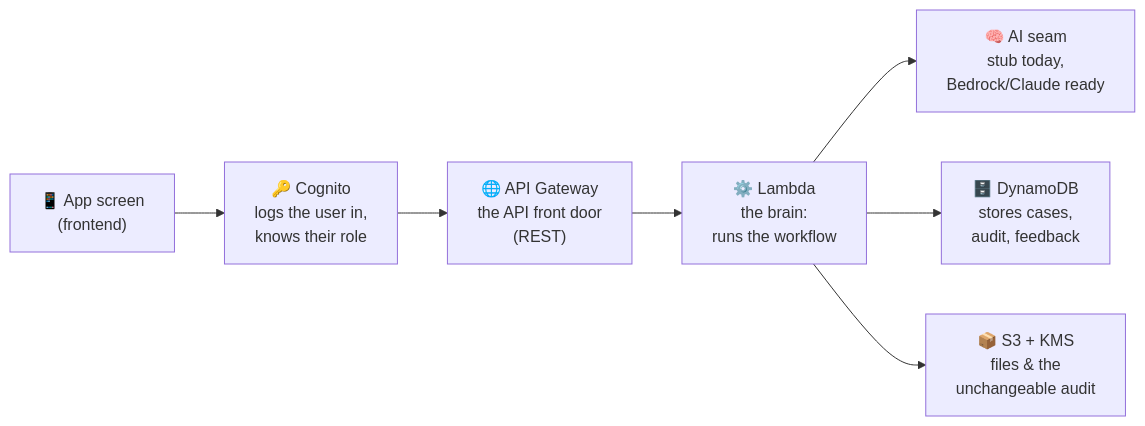
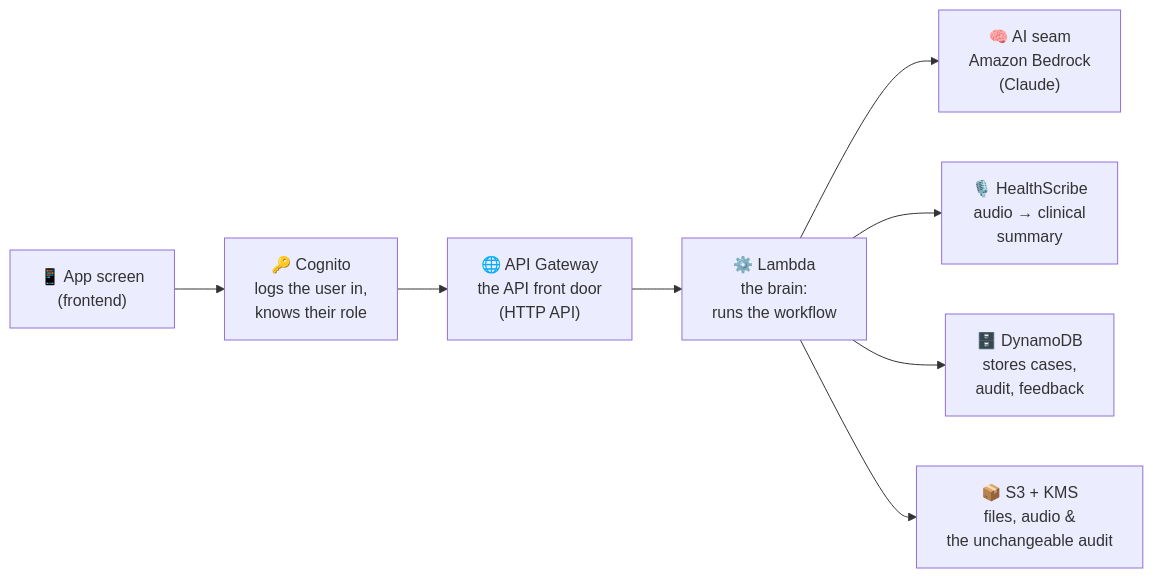
Before and after one commit to Abdulrahman-Kaddoura/Byters-aws-hackathon: the diagram in docs/README.md, drawn with Mermaid. The commit also changed other lines of this file and 12 other files, not shown here.

````diff
--- a/docs/README.md
+++ b/docs/README.md
@@ -53,9 +52,10 @@
 ```mermaid
 flowchart LR
     App["📱 App screen<br/>(frontend)"] --> Cognito["🔑 Cognito<br/>logs the user in,<br/>knows their role"]
-    Cognito --> ApiGw["🌐 API Gateway<br/>the API front door<br/>(REST)"]
+    Cognito --> ApiGw["🌐 API Gateway<br/>the API front door<br/>(HTTP API)"]
     ApiGw --> Lambda["⚙️ Lambda<br/>the brain:<br/>runs the workflow"]
-    Lambda --> AI["🧠 AI seam<br/>stub today,<br/>Bedrock/Claude ready"]
+    Lambda --> AI["🧠 AI seam<br/>Amazon Bedrock<br/>(Claude)"]
+    Lambda --> Transcribe["🎙️ HealthScribe<br/>audio → clinical<br/>summary"]
     Lambda --> DDB["🗄️ DynamoDB<br/>stores cases,<br/>audit, feedback"]
-    Lambda --> S3["📦 S3 + KMS<br/>files & the<br/>unchangeable audit"]
+    Lambda --> S3["📦 S3 + KMS<br/>files, audio &<br/>the unchangeable audit"]
 ```
````
